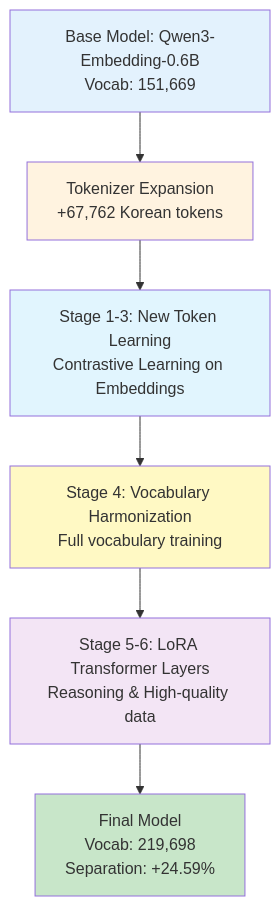
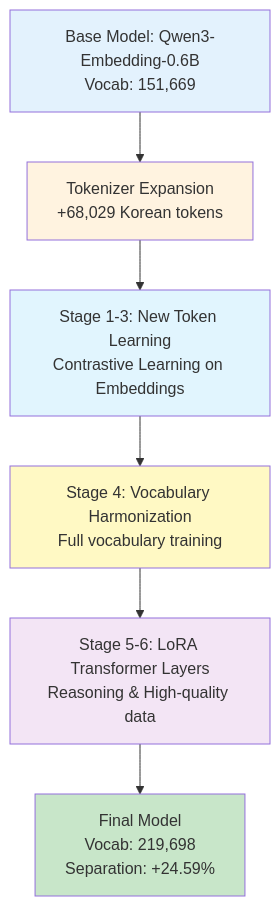
The diagram in README.md (gihong0303/KoQwen-Embedding), drawn with Mermaid before and after one commit. The commit also changed other lines of this file, not shown here.

````diff
--- a/README.md
+++ b/README.md
@@ -55,15 +55,15 @@
 ```mermaid
 graph TD
-    A[Base Model: Qwen3-Embedding-0.6B<br/>Vocab: 151,669] --> B[Tokenizer Expansion<br/>+67,762 Korean tokens]
+    A[Base Model: Qwen3-Embedding-0.6B<br/>Vocab: 151,669] --> B[Tokenizer Expansion<br/>+68,029 Korean tokens]
     B --> C[Stage 1-3: New Token Learning<br/>Contrastive Learning on Embeddings]
     C --> D[Stage 4: Vocabulary Harmonization<br/>Full vocabulary training]
     D --> E[Stage 5-6: LoRA Transformer Layers<br/>Reasoning & High-quality data]
     E --> F[Final Model<br/>Vocab: 219,698<br/>Separation: +24.59%]
 
     style A fill:#e3f2fd
     style B fill:#fff3e0
     style C fill:#e1f5fe
     style D fill:#fff9c4
     style E fill:#f3e5f5
     style F fill:#c8e6c9
 ```
````
